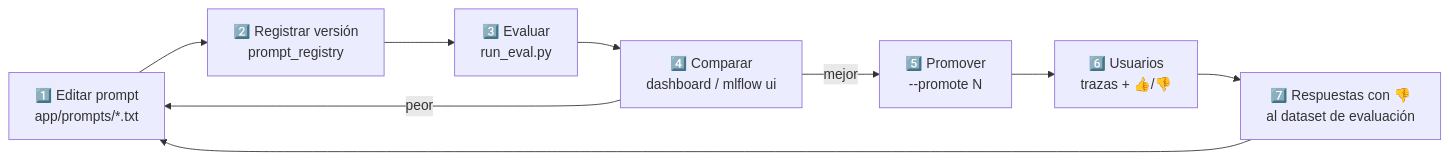
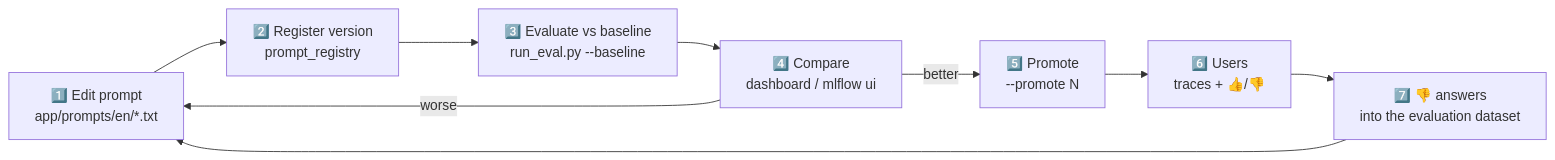
The second of 2 diagrams in README.md (darkanita/GenAIOps_Pycon2025), drawn with Mermaid before and after one commit. The commit also changed other lines of this file and 48 other files, not shown here.

````diff
--- a/README.md
+++ b/README.md
@@ -490,11 +511,11 @@
 ```mermaid
 flowchart LR
-    A["1️⃣ Editar prompt<br/>app/prompts/*.txt"] --> B["2️⃣ Registrar versión<br/>prompt_registry"]
-    B --> C["3️⃣ Evaluar<br/>run_eval.py"]
-    C --> D["4️⃣ Comparar<br/>dashboard / mlflow ui"]
-    D -->|mejor| E["5️⃣ Promover<br/>--promote N"]
-    D -->|peor| A
-    E --> F["6️⃣ Usuarios<br/>trazas + 👍/👎"]
-    F --> G["7️⃣ Respuestas con 👎<br/>al dataset de evaluación"]
+    A["1️⃣ Edit prompt<br/>app/prompts/en/*.txt"] --> B["2️⃣ Register version<br/>prompt_registry"]
+    B --> C["3️⃣ Evaluate vs baseline<br/>run_eval.py --baseline"]
+    C --> D["4️⃣ Compare<br/>dashboard / mlflow ui"]
+    D -->|better| E["5️⃣ Promote<br/>--promote N"]
+    D -->|worse| A
+    E --> F["6️⃣ Users<br/>traces + 👍/👎"]
+    F --> G["7️⃣ 👎 answers<br/>into the evaluation dataset"]
     G --> A
 ```
````
